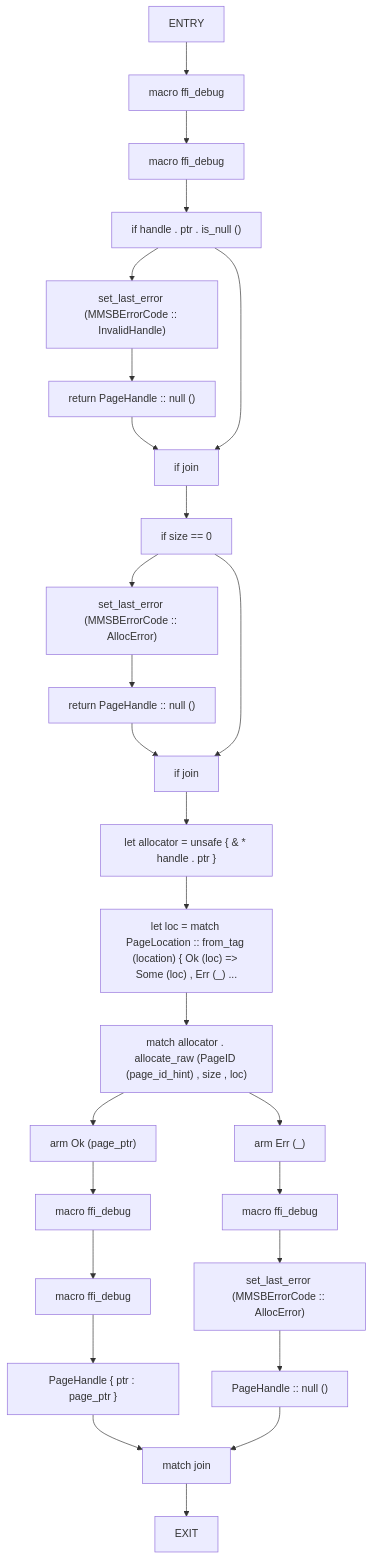
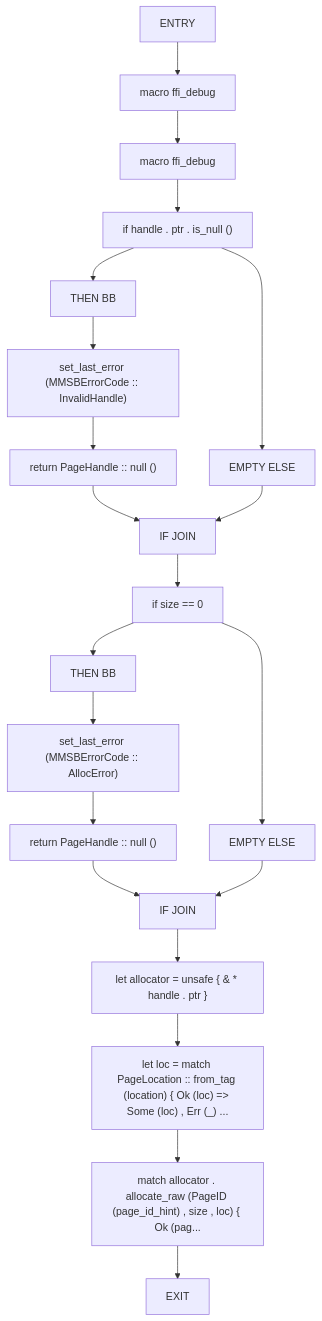
Before and after one commit to cicero-violate/MMSB: the fourth of 56 diagrams in docs/analysis/cfg/080-src-ffi_rs.md, drawn with Mermaid. The commit also changed other lines of this file and 865 other files, not shown here.

````diff
--- a/docs/analysis/cfg/080-src-ffi_rs.md
+++ b/docs/analysis/cfg/080-src-ffi_rs.md
@@ -108,53 +114,42 @@
 ```mermaid
 flowchart TD
     mmsb_allocator_allocate_0["ENTRY"]
     mmsb_allocator_allocate_1["macro ffi_debug"]
     mmsb_allocator_allocate_2["macro ffi_debug"]
     mmsb_allocator_allocate_3["if handle . ptr . is_null ()"]
-    mmsb_allocator_allocate_4["set_last_error (MMSBErrorCode :: InvalidHandle)"]
-    mmsb_allocator_allocate_5["return PageHandle :: null ()"]
-    mmsb_allocator_allocate_6["if join"]
-    mmsb_allocator_allocate_7["if size == 0"]
-    mmsb_allocator_allocate_8["set_last_error (MMSBErrorCode :: AllocError)"]
-    mmsb_allocator_allocate_9["return PageHandle :: null ()"]
-    mmsb_allocator_allocate_10["if join"]
-    mmsb_allocator_allocate_11["let allocator = unsafe { & * handle . ptr }"]
-    mmsb_allocator_allocate_12["let loc = match PageLocation :: from_tag (location) { Ok (loc) => Some (loc) , Err (_) ..."]
-    mmsb_allocator_allocate_13["match allocator . allocate_raw (PageID (page_id_hint) , size , loc)"]
-    mmsb_allocator_allocate_14["arm Ok (page_ptr)"]
-    mmsb_allocator_allocate_15["macro ffi_debug"]
-    mmsb_allocator_allocate_16["macro ffi_debug"]
-    mmsb_allocator_allocate_17["PageHandle { ptr : page_ptr }"]
-    mmsb_allocator_allocate_18["arm Err (_)"]
-    mmsb_allocator_allocate_19["macro ffi_debug"]
-    mmsb_allocator_allocate_20["set_last_error (MMSBErrorCode :: AllocError)"]
-    mmsb_allocator_allocate_21["PageHandle :: null ()"]
-    mmsb_allocator_allocate_22["match join"]
-    mmsb_allocator_allocate_23["EXIT"]
+    mmsb_allocator_allocate_4["THEN BB"]
+    mmsb_allocator_allocate_5["set_last_error (MMSBErrorCode :: InvalidHandle)"]
+    mmsb_allocator_allocate_6["return PageHandle :: null ()"]
+    mmsb_allocator_allocate_7["EMPTY ELSE"]
+    mmsb_allocator_allocate_8["IF JOIN"]
+    mmsb_allocator_allocate_9["if size == 0"]
+    mmsb_allocator_allocate_10["THEN BB"]
+    mmsb_allocator_allocate_11["set_last_error (MMSBErrorCode :: AllocError)"]
+    mmsb_allocator_allocate_12["return PageHandle :: null ()"]
+    mmsb_allocator_allocate_13["EMPTY ELSE"]
+    mmsb_allocator_allocate_14["IF JOIN"]
+    mmsb_allocator_allocate_15["let allocator = unsafe { & * handle . ptr }"]
+    mmsb_allocator_allocate_16["let loc = match PageLocation :: from_tag (location) { Ok (loc) => Some (loc) , Err (_) ..."]
+    mmsb_allocator_allocate_17["match allocator . allocate_raw (PageID (page_id_hint) , size , loc) { Ok (pag..."]
+    mmsb_allocator_allocate_18["EXIT"]
     mmsb_allocator_allocate_0 --> mmsb_allocator_allocate_1
     mmsb_allocator_allocate_1 --> mmsb_allocator_allocate_2
     mmsb_allocator_allocate_2 --> mmsb_allocator_allocate_3
     mmsb_allocator_allocate_3 --> mmsb_allocator_allocate_4
     mmsb_allocator_allocate_4 --> mmsb_allocator_allocate_5
     mmsb_allocator_allocate_5 --> mmsb_allocator_allocate_6
-    mmsb_allocator_allocate_3 --> mmsb_allocator_allocate_6
-    mmsb_allocator_allocate_6 --> mmsb_allocator_allocate_7
+    mmsb_allocator_allocate_3 --> mmsb_allocator_allocate_7
+    mmsb_allocator_allocate_6 --> mmsb_allocator_allocate_8
     mmsb_allocator_allocate_7 --> mmsb_allocator_allocate_8
     mmsb_allocator_allocate_8 --> mmsb_allocator_allocate_9
     mmsb_allocator_allocate_9 --> mmsb_allocator_allocate_10
-    mmsb_allocator_allocate_7 --> mmsb_allocator_allocate_10
     mmsb_allocator_allocate_10 --> mmsb_allocator_allocate_11
     mmsb_allocator_allocate_11 --> mmsb_allocator_allocate_12
-    mmsb_allocator_allocate_12 --> mmsb_allocator_allocate_13
+    mmsb_allocator_allocate_9 --> mmsb_allocator_allocate_13
+    mmsb_allocator_allocate_12 --> mmsb_allocator_allocate_14
     mmsb_allocator_allocate_13 --> mmsb_allocator_allocate_14
     mmsb_allocator_allocate_14 --> mmsb_allocator_allocate_15
     mmsb_allocator_allocate_15 --> mmsb_allocator_allocate_16
     mmsb_allocator_allocate_16 --> mmsb_allocator_allocate_17
-    mmsb_allocator_allocate_13 --> mmsb_allocator_allocate_18
-    mmsb_allocator_allocate_18 --> mmsb_allocator_allocate_19
-    mmsb_allocator_allocate_19 --> mmsb_allocator_allocate_20
-    mmsb_allocator_allocate_20 --> mmsb_allocator_allocate_21
-    mmsb_allocator_allocate_17 --> mmsb_allocator_allocate_22
-    mmsb_allocator_allocate_21 --> mmsb_allocator_allocate_22
-    mmsb_allocator_allocate_22 --> mmsb_allocator_allocate_23
+    mmsb_allocator_allocate_17 --> mmsb_allocator_allocate_18
 ```
````
